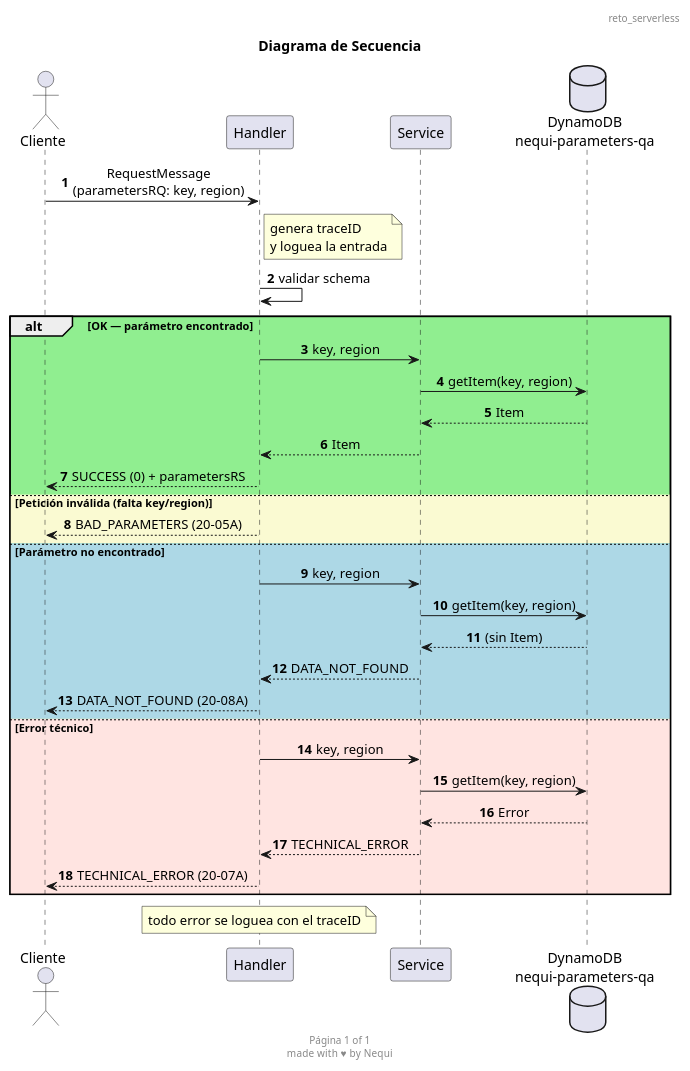
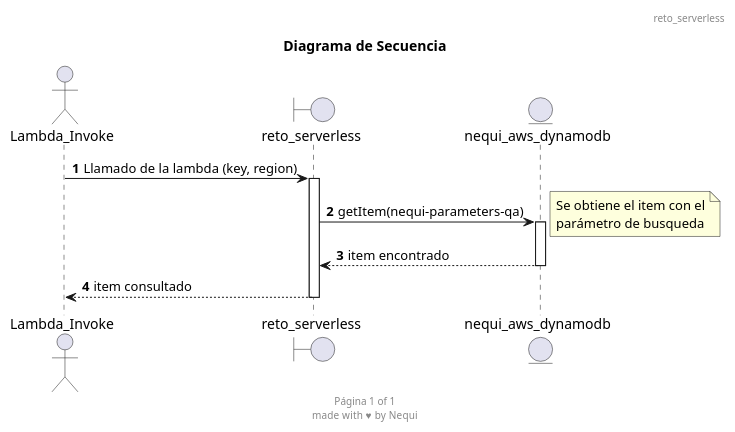
Before and after one commit to juansantamaria-pragma/onboarding_nequi_reto_serverless: the diagram in diagrams/reto_serverless-diagram.puml, drawn with PlantUML.

Commit message:
docs: diagrama de secuencia de alto nivel

```diff
--- a/diagrams/reto_serverless-diagram.puml
+++ b/diagrams/reto_serverless-diagram.puml
@@ -1,45 +1,20 @@
 @startuml
 header reto_serverless
 footer Página %page% of %lastpage%\nmade with ♥ by Nequi
 title Diagrama de Secuencia
-
 autonumber
-skinparam sequenceMessageAlign center
-
-actor Cliente
-participant Handler
-participant Service
-database "DynamoDB\nnequi-parameters-qa" as DynamoDB
-
-Cliente -> Handler : RequestMessage\n(parametersRQ: key, region)
-note right of Handler : genera traceID\ny loguea la entrada
-Handler -> Handler : validar schema
-
-alt #LightGreen  OK — parámetro encontrado
-    Handler -> Service : key, region
-    Service -> DynamoDB : getItem(key, region)
-    DynamoDB --> Service : Item
-    Service --> Handler : Item
-    Handler --> Cliente : SUCCESS (0) + parametersRS
-
-else #LightGoldenRodYellow  Petición inválida (falta key/region)
-    Handler --> Cliente : BAD_PARAMETERS (20-05A)
-
-else #LightBlue  Parámetro no encontrado
-    Handler -> Service : key, region
-    Service -> DynamoDB : getItem(key, region)
-    DynamoDB --> Service : (sin Item)
-    Service --> Handler : DATA_NOT_FOUND
-    Handler --> Cliente : DATA_NOT_FOUND (20-08A)
-
-else #MistyRose  Error técnico
-    Handler -> Service : key, region
-    Service -> DynamoDB : getItem(key, region)
-    DynamoDB --> Service : Error
-    Service --> Handler : TECHNICAL_ERROR
-    Handler --> Cliente : TECHNICAL_ERROR (20-07A)
-end
-
-note over Handler : todo error se loguea con el traceID
+actor Lambda_Invoke
+boundary reto_serverless
+entity nequi_aws_dynamodb
+Lambda_Invoke -> reto_serverless: Llamado de la lambda (key, region)
+activate reto_serverless
+reto_serverless -> nequi_aws_dynamodb: getItem(nequi-parameters-qa)
+activate nequi_aws_dynamodb
+note right
+  Se obtiene el item con el
+  parámetro de busqueda
+end note
+return item encontrado
+return item consultado
 
 @enduml
```
